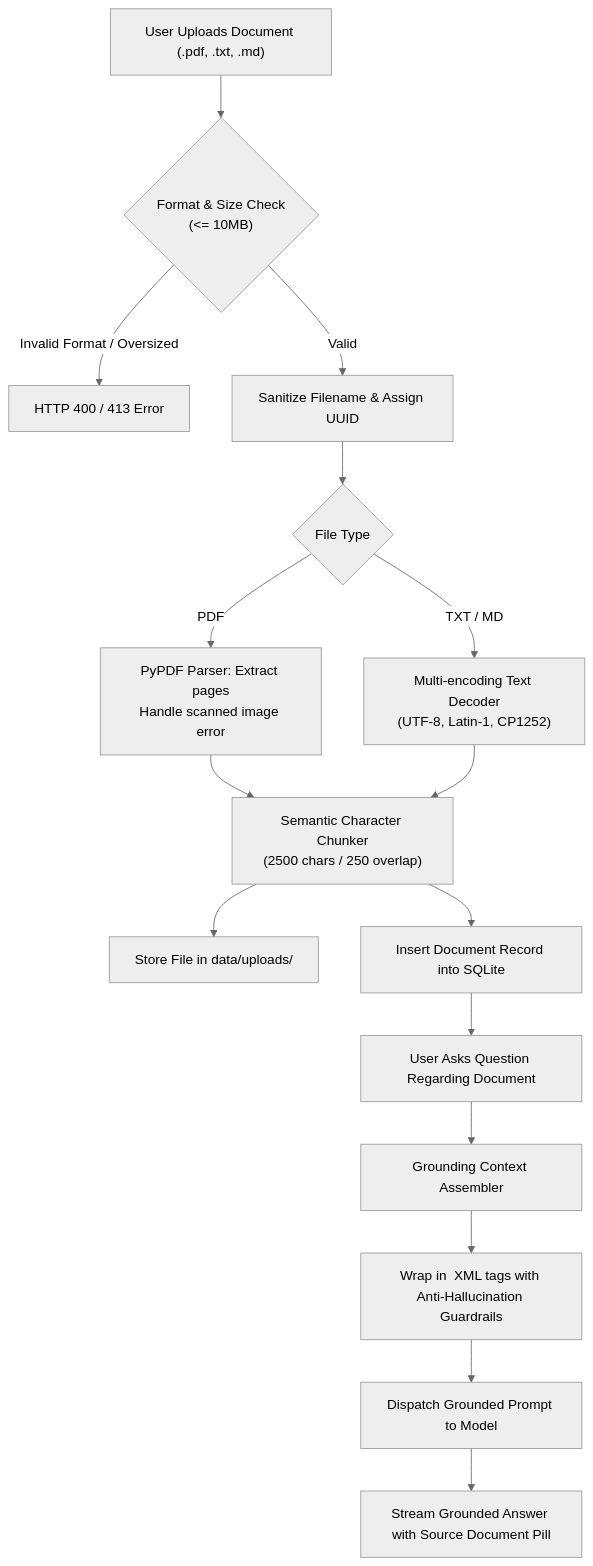
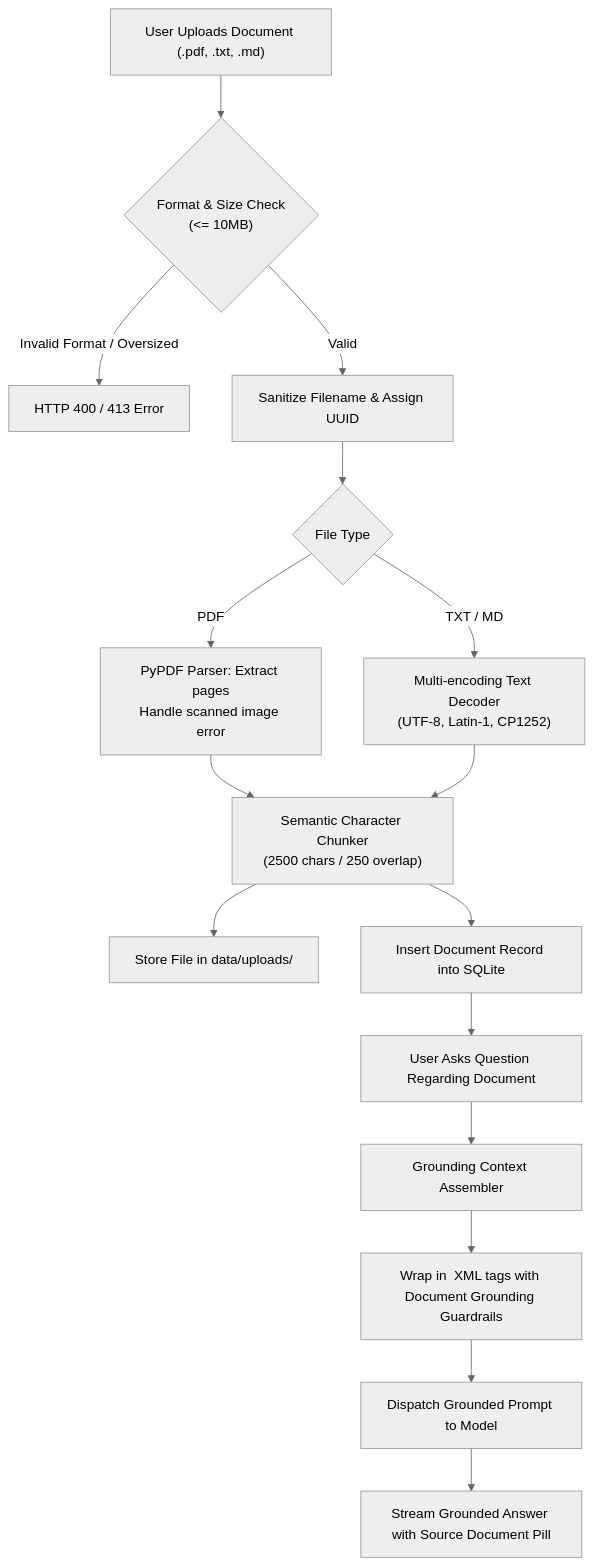
The seventh of 9 diagrams in docs/SYSTEM_ARCHITECTURE.md (Aniketagr07/Multi_Model_AI_Agent), drawn with Mermaid (neutral theme) before and after one commit. The commit also changed 8 other files, not shown here.

````diff
--- a/docs/SYSTEM_ARCHITECTURE.md
+++ b/docs/SYSTEM_ARCHITECTURE.md
@@ -246,22 +246,22 @@
 ```mermaid
 flowchart TD
     File["User Uploads Document (.pdf, .txt, .md)"] --> Validate{"Format & Size Check\n(<= 10MB)"}
     Validate -->|Invalid Format / Oversized| Reject["HTTP 400 / 413 Error"]
     Validate -->|Valid| Sanitize["Sanitize Filename & Assign UUID"]
 
     Sanitize --> TypeCheck{"File Type"}
     TypeCheck -->|PDF| PyPDF["PyPDF Parser: Extract pages\nHandle scanned image error"]
     TypeCheck -->|TXT / MD| UTF["Multi-encoding Text Decoder\n(UTF-8, Latin-1, CP1252)"]
 
     PyPDF --> Chunking["Semantic Character Chunker\n(2500 chars / 250 overlap)"]
     UTF --> Chunking
 
     Chunking --> StoreFS["Store File in data/uploads/"]
     Chunking --> StoreDB["Insert Document Record into SQLite"]
 
     StoreDB --> UserPrompt["User Asks Question Regarding Document"]
     UserPrompt --> GroundingEngine["Grounding Context Assembler"]
-    GroundingEngine --> ContextWrapper["Wrap in <document_context> XML tags with Anti-Hallucination Guardrails"]
+    GroundingEngine --> ContextWrapper["Wrap in <document_context> XML tags with Document Grounding Guardrails"]
     ContextWrapper --> LLM["Dispatch Grounded Prompt to Model"]
     LLM --> StreamOut["Stream Grounded Answer with Source Document Pill"]
 ```
````
